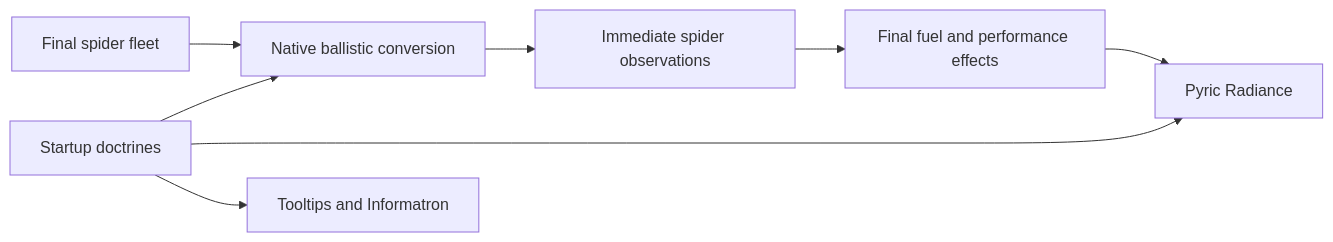
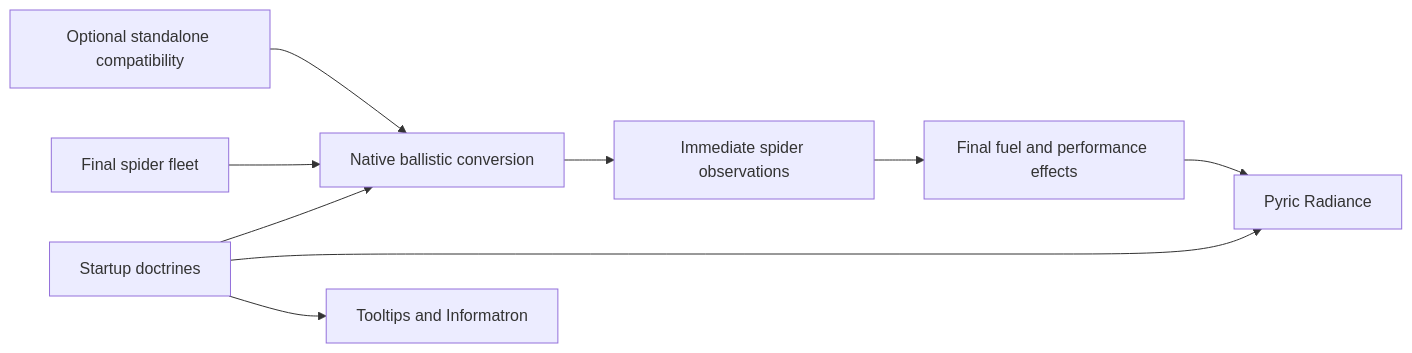
The diagram in .codex/esir/blueprints/combat-doctrines.md (aRighteousGod/exotic-space-industries-remembrance), drawn with Mermaid before and after one commit. The commit also changed other lines of this file and 26 other files, not shown here.

````diff
--- a/.codex/esir/blueprints/combat-doctrines.md
+++ b/.codex/esir/blueprints/combat-doctrines.md
@@ -25,10 +29,11 @@
 ```mermaid
 flowchart LR
   S[Startup doctrines] --> B[Native ballistic conversion]
+  C[Optional standalone compatibility] --> B
   F[Final spider fleet] --> B
   B --> O[Immediate spider observations]
   O --> V[Final fuel and performance effects]
   V --> L[Pyric Radiance]
   S --> L
   S --> I[Tooltips and Informatron]
 ```
````
